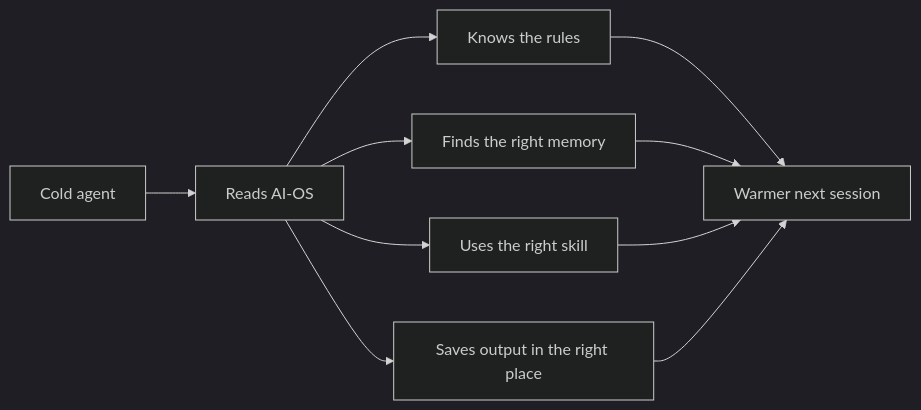
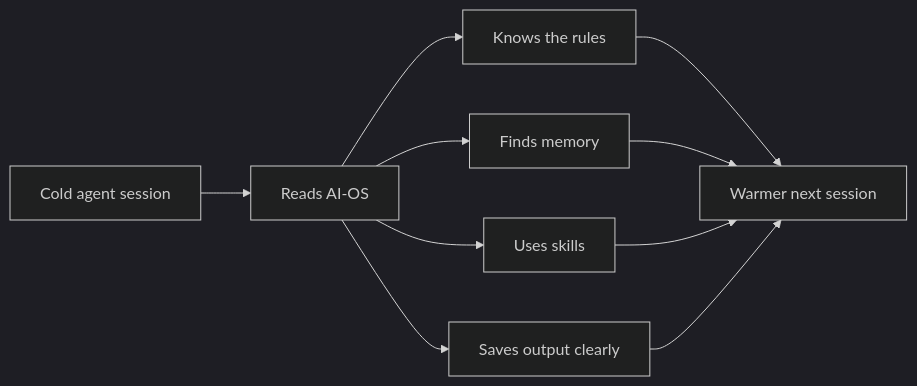
Before and after one commit to camrontaylor/AI-OS-Template: the second of 3 diagrams in docs/what-ai-os-is.md, drawn with Mermaid (dark theme). The commit also changed other lines of this file and 462 other files, not shown here.

````diff
--- a/docs/what-ai-os-is.md
+++ b/docs/what-ai-os-is.md
@@ -108,12 +107,12 @@
 ```mermaid
 flowchart LR
-  A["Cold agent"] --> B["Reads AI-OS"]
+  A["Cold agent session"] --> B["Reads AI-OS"]
   B --> C["Knows the rules"]
-  B --> D["Finds the right memory"]
-  B --> E["Uses the right skill"]
-  B --> F["Saves output in the right place"]
+  B --> D["Finds memory"]
+  B --> E["Uses skills"]
+  B --> F["Saves output clearly"]
   C --> G["Warmer next session"]
   D --> G
   E --> G
   F --> G
 ```
````
